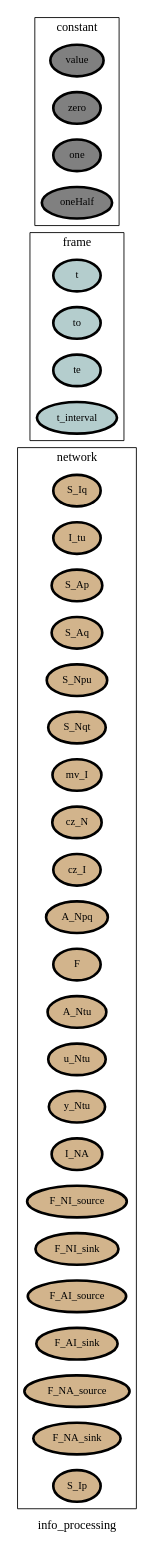
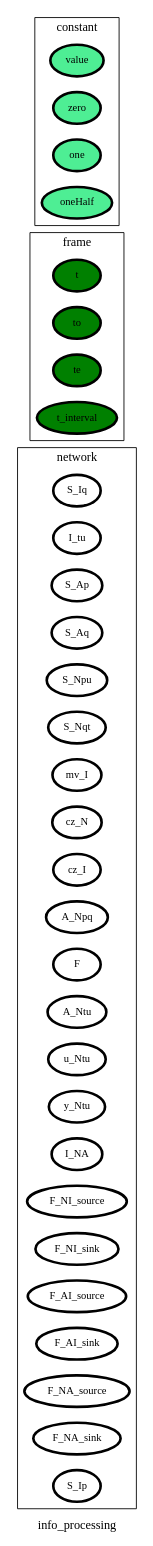
The diagram in ontology_graphs/graph__info_processing.dot (heinz-preisig/processes_HAP_structure_testing), drawn with Graphviz before and after one commit. The commit also changed 814 other files, not shown here.

```diff
--- a/ontology_graphs/graph__info_processing.dot
+++ b/ontology_graphs/graph__info_processing.dot
@@ -1,54 +1,54 @@
 digraph info_processing {
 label=info_processing;
 rankdir=LR;
 subgraph cluster_info_processing___network {
 label=network;
 rankdir=LR;
-V_10 [fillcolor=tan, fontsize=12, label=S_Iq, penwidth=3, style=filled];
-V_11 [fillcolor=tan, fontsize=12, label=I_tu, penwidth=3, style=filled];
-V_12 [fillcolor=tan, fontsize=12, label=S_Ap, penwidth=3, style=filled];
-V_13 [fillcolor=tan, fontsize=12, label=S_Aq, penwidth=3, style=filled];
-V_14 [fillcolor=tan, fontsize=12, label=S_Npu, penwidth=3, style=filled];
-V_15 [fillcolor=tan, fontsize=12, label=S_Nqt, penwidth=3, style=filled];
-V_16 [fillcolor=tan, fontsize=12, label=mv_I, penwidth=3, style=filled];
-V_17 [fillcolor=tan, fontsize=12, label=cz_N, penwidth=3, style=filled];
-V_18 [fillcolor=tan, fontsize=12, label=cz_I, penwidth=3, style=filled];
-V_19 [fillcolor=tan, fontsize=12, label=A_Npq, penwidth=3, style=filled];
-V_2 [fillcolor=tan, fontsize=12, label=F, penwidth=3, style=filled];
-V_20 [fillcolor=tan, fontsize=12, label=A_Ntu, penwidth=3, style=filled];
-V_21 [fillcolor=tan, fontsize=12, label=u_Ntu, penwidth=3, style=filled];
-V_22 [fillcolor=tan, fontsize=12, label=y_Ntu, penwidth=3, style=filled];
-V_27 [fillcolor=tan, fontsize=12, label=I_NA, penwidth=3, style=filled];
-V_3 [fillcolor=tan, fontsize=12, label=F_NI_source, penwidth=3, style=filled];
-V_4 [fillcolor=tan, fontsize=12, label=F_NI_sink, penwidth=3, style=filled];
-V_5 [fillcolor=tan, fontsize=12, label=F_AI_source, penwidth=3, style=filled];
-V_6 [fillcolor=tan, fontsize=12, label=F_AI_sink, penwidth=3, style=filled];
-V_7 [fillcolor=tan, fontsize=12, label=F_NA_source, penwidth=3, style=filled];
-V_8 [fillcolor=tan, fontsize=12, label=F_NA_sink, penwidth=3, style=filled];
-V_9 [fillcolor=tan, fontsize=12, label=S_Ip, penwidth=3, style=filled];
+V_10 [fillcolor=white, fontsize=12, label=S_Iq, penwidth=3, style=filled];
+V_11 [fillcolor=white, fontsize=12, label=I_tu, penwidth=3, style=filled];
+V_12 [fillcolor=white, fontsize=12, label=S_Ap, penwidth=3, style=filled];
+V_13 [fillcolor=white, fontsize=12, label=S_Aq, penwidth=3, style=filled];
+V_14 [fillcolor=white, fontsize=12, label=S_Npu, penwidth=3, style=filled];
+V_15 [fillcolor=white, fontsize=12, label=S_Nqt, penwidth=3, style=filled];
+V_16 [fillcolor=white, fontsize=12, label=mv_I, penwidth=3, style=filled];
+V_17 [fillcolor=white, fontsize=12, label=cz_N, penwidth=3, style=filled];
+V_18 [fillcolor=white, fontsize=12, label=cz_I, penwidth=3, style=filled];
+V_19 [fillcolor=white, fontsize=12, label=A_Npq, penwidth=3, style=filled];
+V_2 [fillcolor=white, fontsize=12, label=F, penwidth=3, style=filled];
+V_20 [fillcolor=white, fontsize=12, label=A_Ntu, penwidth=3, style=filled];
+V_21 [fillcolor=white, fontsize=12, label=u_Ntu, penwidth=3, style=filled];
+V_22 [fillcolor=white, fontsize=12, label=y_Ntu, penwidth=3, style=filled];
+V_27 [fillcolor=white, fontsize=12, label=I_NA, penwidth=3, style=filled];
+V_3 [fillcolor=white, fontsize=12, label=F_NI_source, penwidth=3, style=filled];
+V_4 [fillcolor=white, fontsize=12, label=F_NI_sink, penwidth=3, style=filled];
+V_5 [fillcolor=white, fontsize=12, label=F_AI_source, penwidth=3, style=filled];
+V_6 [fillcolor=white, fontsize=12, label=F_AI_sink, penwidth=3, style=filled];
+V_7 [fillcolor=white, fontsize=12, label=F_NA_source, penwidth=3, style=filled];
+V_8 [fillcolor=white, fontsize=12, label=F_NA_sink, penwidth=3, style=filled];
+V_9 [fillcolor=white, fontsize=12, label=S_Ip, penwidth=3, style=filled];
 }
 
 subgraph cluster_info_processing___frame {
 label=frame;
 rankdir=LR;
-V_1 [fillcolor=lightcyan3, fontsize=12, label=t, penwidth=3, style=filled];
-V_105 [fillcolor=lightcyan3, fontsize=12, label=to, penwidth=3, style=filled];
-V_106 [fillcolor=lightcyan3, fontsize=12, label=te, penwidth=3, style=filled];
-V_107 [fillcolor=lightcyan3, fontsize=12, label=t_interval, penwidth=3, style=filled];
+V_1 [fillcolor=green, fontsize=12, label=t, penwidth=3, style=filled];
+V_105 [fillcolor=green, fontsize=12, label=to, penwidth=3, style=filled];
+V_106 [fillcolor=green, fontsize=12, label=te, penwidth=3, style=filled];
+V_107 [fillcolor=green, fontsize=12, label=t_interval, penwidth=3, style=filled];
 }
 
 subgraph cluster_info_processing___state {
 label=state;
 rankdir=LR;
 }
 
 subgraph cluster_info_processing___constant {
 label=constant;
 rankdir=LR;
-V_101 [fillcolor=grey, fontsize=12, label=value, penwidth=3, style=filled];
-V_102 [fillcolor=grey, fontsize=12, label=zero, penwidth=3, style=filled];
-V_103 [fillcolor=grey, fontsize=12, label=one, penwidth=3, style=filled];
-V_104 [fillcolor=grey, fontsize=12, label=oneHalf, penwidth=3, style=filled];
+V_101 [fillcolor=seagreen2, fontsize=12, label=value, penwidth=3, style=filled];
+V_102 [fillcolor=seagreen2, fontsize=12, label=zero, penwidth=3, style=filled];
+V_103 [fillcolor=seagreen2, fontsize=12, label=one, penwidth=3, style=filled];
+V_104 [fillcolor=seagreen2, fontsize=12, label=oneHalf, penwidth=3, style=filled];
 }
 
 }
```
